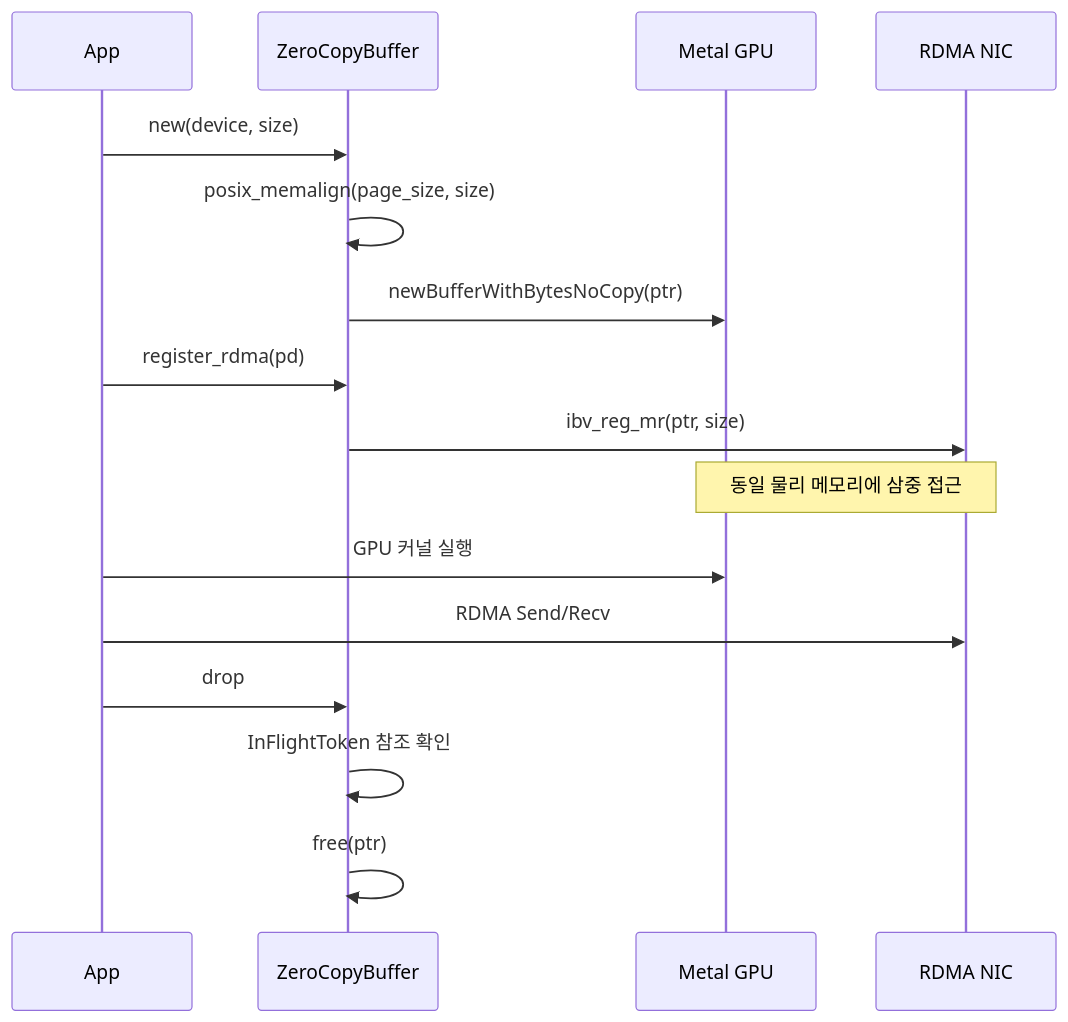
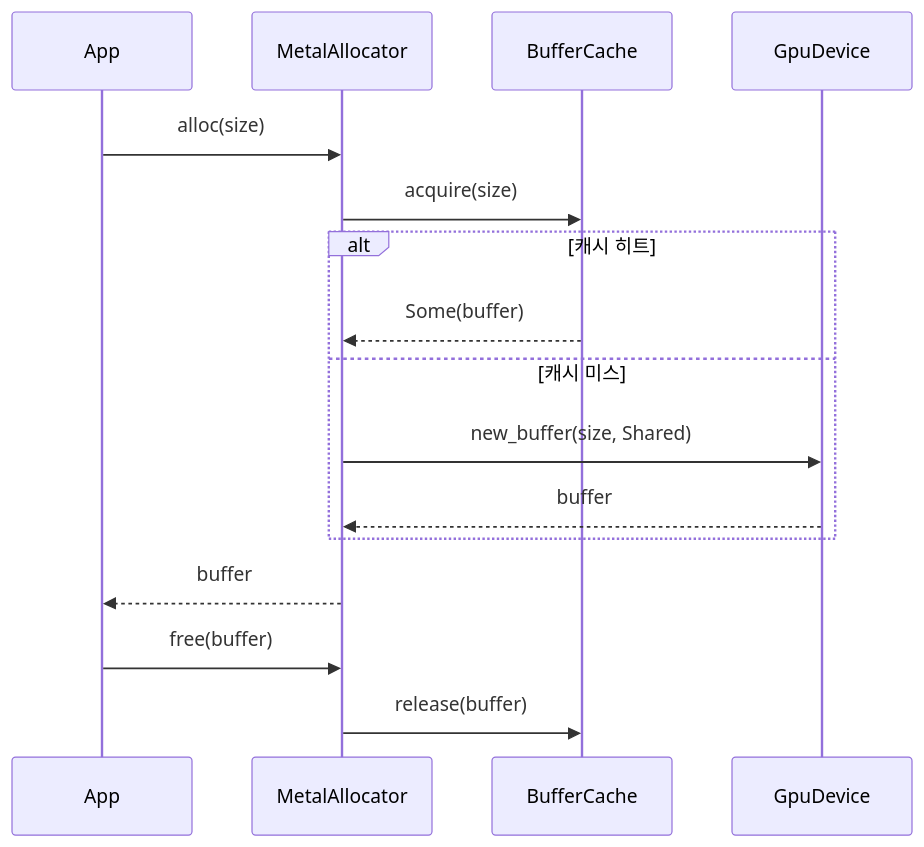
One commit to 0xDaizz/RMLX changed the third of 3 diagrams in docs/crates/rmlx-alloc.md. Above: the diagram before and after it, drawn with Mermaid. The commit also changed other lines of this file and 11 other files, not shown here.

````diff
--- a/docs/crates/rmlx-alloc.md
+++ b/docs/crates/rmlx-alloc.md
@@ -145,19 +233,19 @@
 ```mermaid
 sequenceDiagram
     participant App
-    participant ZeroCopyBuffer
-    participant Metal GPU
-    participant RDMA NIC
+    participant MetalAllocator
+    participant BufferCache
+    participant GpuDevice
 
-    App->>ZeroCopyBuffer: new(device, size)
-    ZeroCopyBuffer->>ZeroCopyBuffer: posix_memalign(page_size, size)
-    ZeroCopyBuffer->>Metal GPU: newBufferWithBytesNoCopy(ptr)
-    App->>ZeroCopyBuffer: register_rdma(pd)
-    ZeroCopyBuffer->>RDMA NIC: ibv_reg_mr(ptr, size)
-    Note over Metal GPU, RDMA NIC: 동일 물리 메모리에 삼중 접근
-    App->>Metal GPU: GPU 커널 실행
-    App->>RDMA NIC: RDMA Send/Recv
-    App->>ZeroCopyBuffer: drop
-    ZeroCopyBuffer->>ZeroCopyBuffer: InFlightToken 참조 확인
-    ZeroCopyBuffer->>ZeroCopyBuffer: free(ptr)
+    App->>MetalAllocator: alloc(size)
+    MetalAllocator->>BufferCache: acquire(size)
+    alt 캐시 히트
+        BufferCache-->>MetalAllocator: Some(buffer)
+    else 캐시 미스
+        MetalAllocator->>GpuDevice: new_buffer(size, Shared)
+        GpuDevice-->>MetalAllocator: buffer
+    end
+    MetalAllocator-->>App: buffer
+    App->>MetalAllocator: free(buffer)
+    MetalAllocator->>BufferCache: release(buffer)
 ```
````
